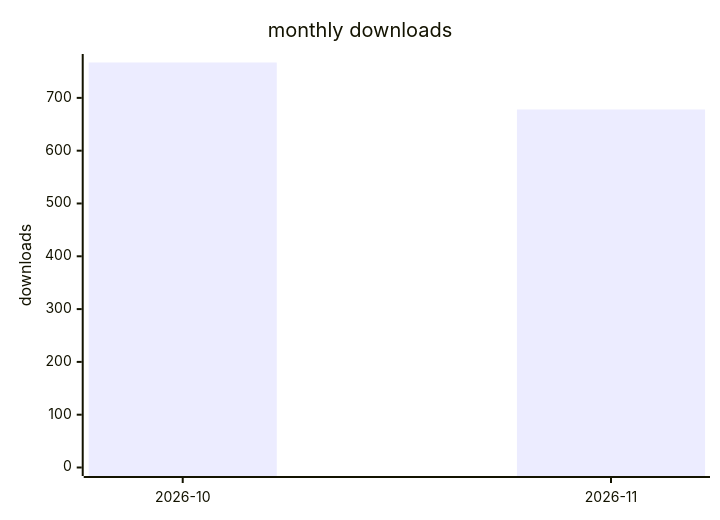
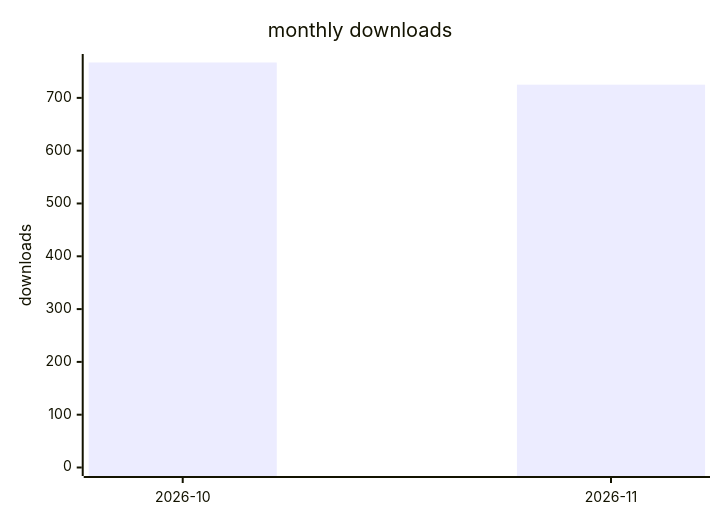
The second of 2 diagrams in docs/downloads-2026.md (terry2010/opencode-loop-recover), drawn with Mermaid before and after one commit. The commit also changed other lines of this file and 1 other file, not shown here.

````diff
--- a/docs/downloads-2026.md
+++ b/docs/downloads-2026.md
@@ -29,7 +29,7 @@
 ```mermaid
 xychart-beta
     title "monthly downloads"
     x-axis ["2026-10", "2026-11"]
     y-axis "downloads" 0 --> 767
-    bar [767, 678]
+    bar [767, 725]
 ```
````
